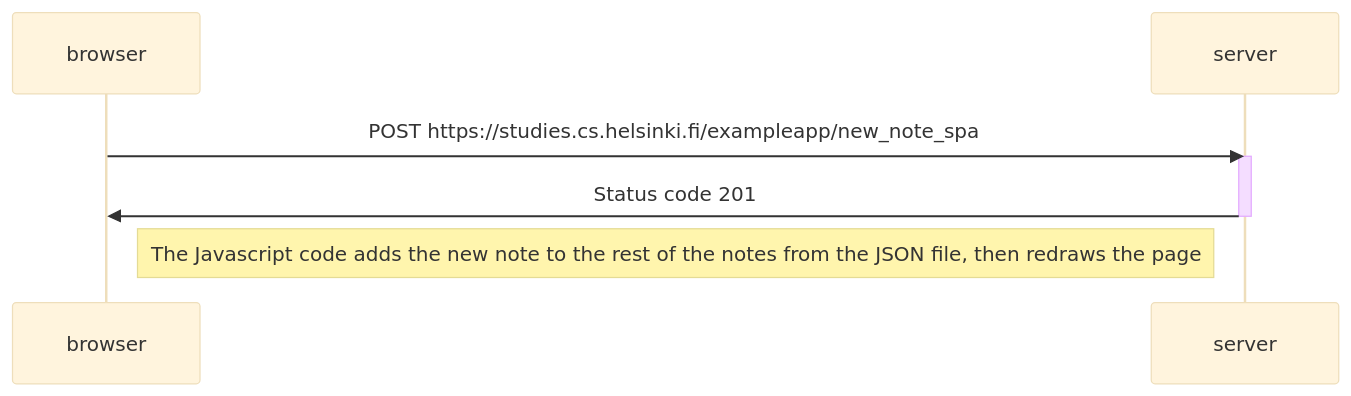
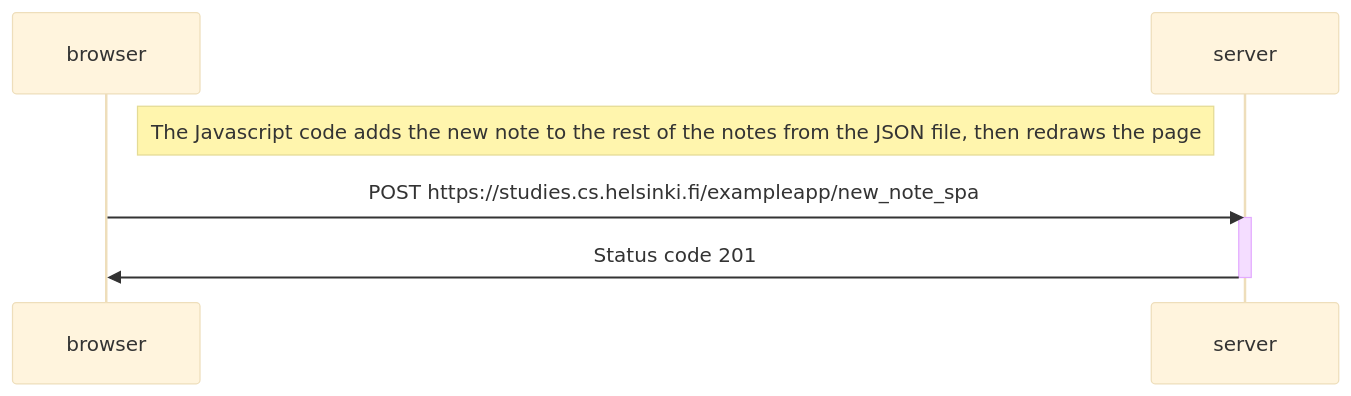
Before and after one commit to Mahmoudy96/fullstackopen-part0: the diagram in 0.6: New note in Single page app diagram.md, drawn with Mermaid (base theme). The commit also changed other lines of this file, not shown here.

Commit message:
Update 0.6: New note in Single page app diagram.md

````diff
--- a/0.6: New note in Single page app diagram.md
+++ b/0.6: New note in Single page app diagram.md
@@ -1,13 +1,13 @@
 ```mermaid
 sequenceDiagram
     participant browser
     participant server
 
+    Note right of browser: The Javascript code adds the new note to the rest of the notes from the JSON file, then redraws the page
     browser->>server: POST https://studies.cs.helsinki.fi/exampleapp/new_note_spa
     activate server
     server->>browser: Status code 201
     deactivate server
 
-    Note right of browser: The Javascript code adds the new note to the rest of the notes from the JSON file, then redraws the page
 
 ```
````
